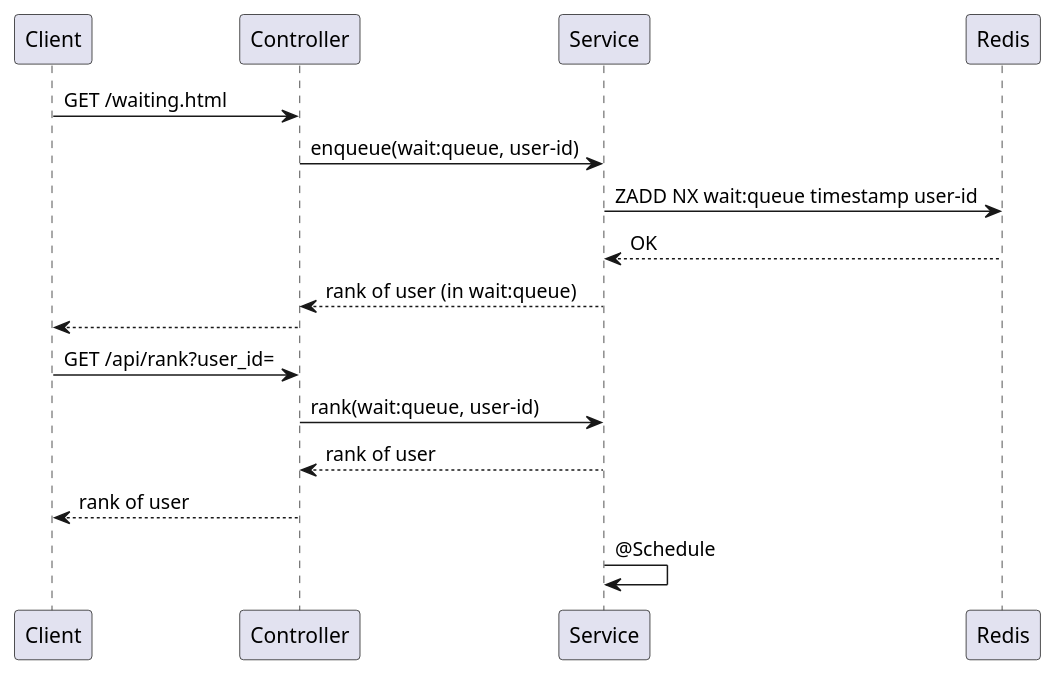
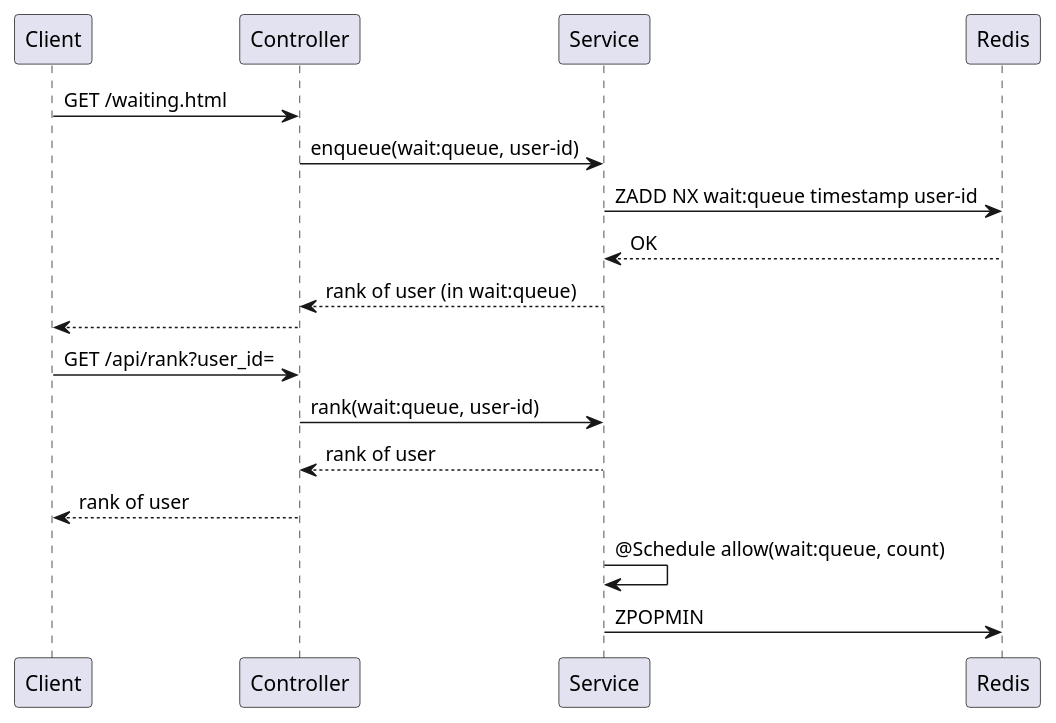
Before and after one commit to yanghoon/obsidian-workspace: the diagram in _diary/2024-06-08.md, drawn with PlantUML.

Commit message:
vault backup: 2024-06-08 14:18:39

````diff
--- a/_diary/2024-06-08.md
+++ b/_diary/2024-06-08.md
@@ -5,15 +5,16 @@
 ```plantuml
 Client -> Controller: GET /waiting.html
 Controller -> Service: enqueue(wait:queue, user-id)
 Service -> Redis: ZADD NX wait:queue timestamp user-id
 Service <-- Redis: OK
 Controller <-- Service: rank of user (in wait:queue)
 Client <-- Controller
 
 Client -> Controller: GET /api/rank?user_id=
 Controller -> Service: rank(wait:queue, user-id)
 Controller <-- Service: rank of user
 Client <-- Controller: rank of user
 
-Service -> Service: @Schedule 
+Service -> Service: @Schedule allow(wait:queue, count)
+Service -> Redis: ZPOPMIN
 ```
````
